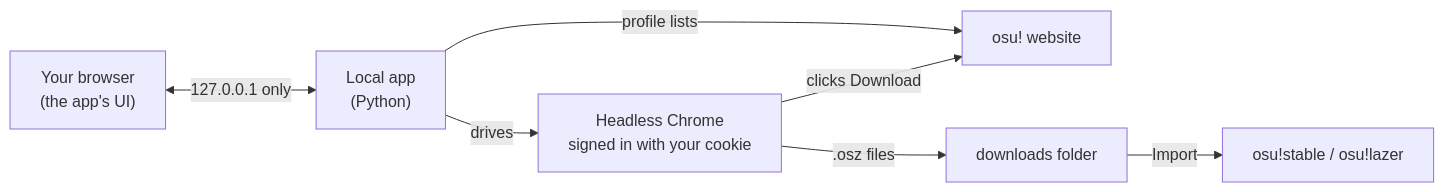
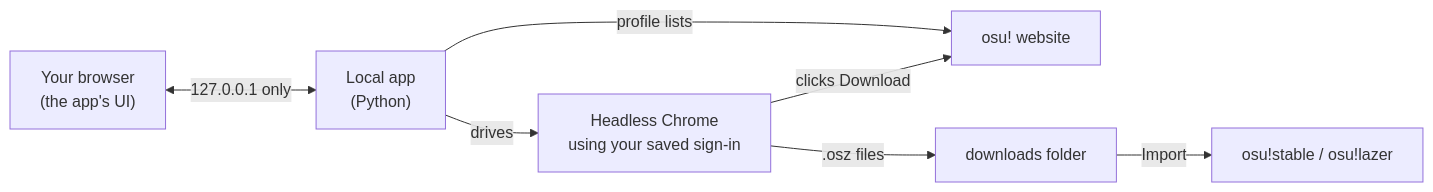
The diagram in README.md (AustinKol/osubeatmapdownloader), drawn with Mermaid before and after one commit. The commit also changed other lines of this file and 9 other files, not shown here.

First line of the commit message:
Replace the session cookie with a "Sign in with osu!" window

````diff
--- a/README.md
+++ b/README.md
@@ -127,9 +129,9 @@
 ```mermaid
 flowchart LR
     UI["Your browser<br/>(the app's UI)"] <-->|127.0.0.1 only| App["Local app<br/>(Python)"]
     App -->|profile lists| API["osu! website"]
-    App -->|drives| Chrome["Headless Chrome<br/>signed in with your cookie"]
+    App -->|drives| Chrome["Headless Chrome<br/>using your saved sign-in"]
     Chrome -->|clicks Download| API
     Chrome -->|.osz files| Folder["downloads folder"]
     Folder -->|Import| Osu["osu!stable / osu!lazer"]
 ```
````
